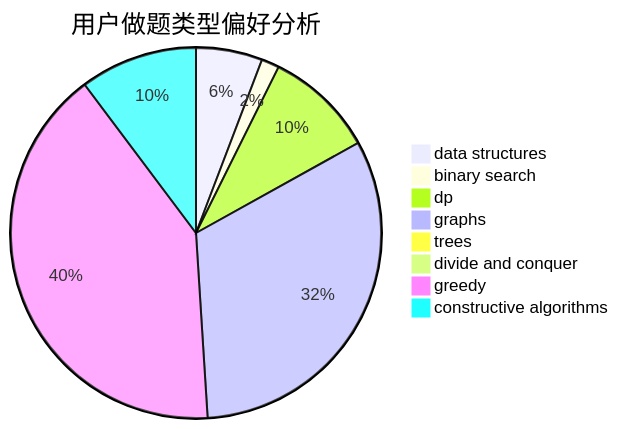
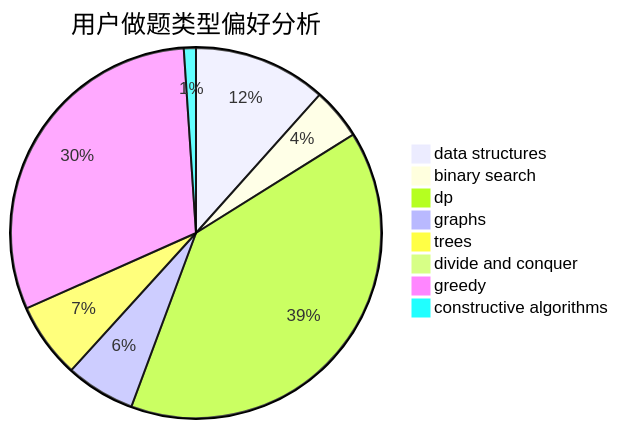
The second of 3 diagrams in docs/user/u1769.md (sherpahu/cfrs.github.io), drawn with Mermaid before and after one commit. The commit also changed other lines of this file and 2770 other files, not shown here.

````diff
--- a/docs/user/u1769.md
+++ b/docs/user/u1769.md
@@ -23,11 +23,11 @@
 ```mermaid
 pie title 用户做题类型偏好分析
-    "data structures" :  26
-    "binary search" :  7
-    "dp" :  43
-    "graphs" :  144
-    "trees" :  3
-    "divide and conquer" :  0
-    "greedy" :  183
-    "constructive algorithms" :  46
+    "data structures" :  44
+    "binary search" :  17
+    "dp" :  150
+    "graphs" :  23
+    "trees" :  25
+    "divide and conquer" :  2
+    "greedy" :  116
+    "constructive algorithms" :  4
 ```
````
